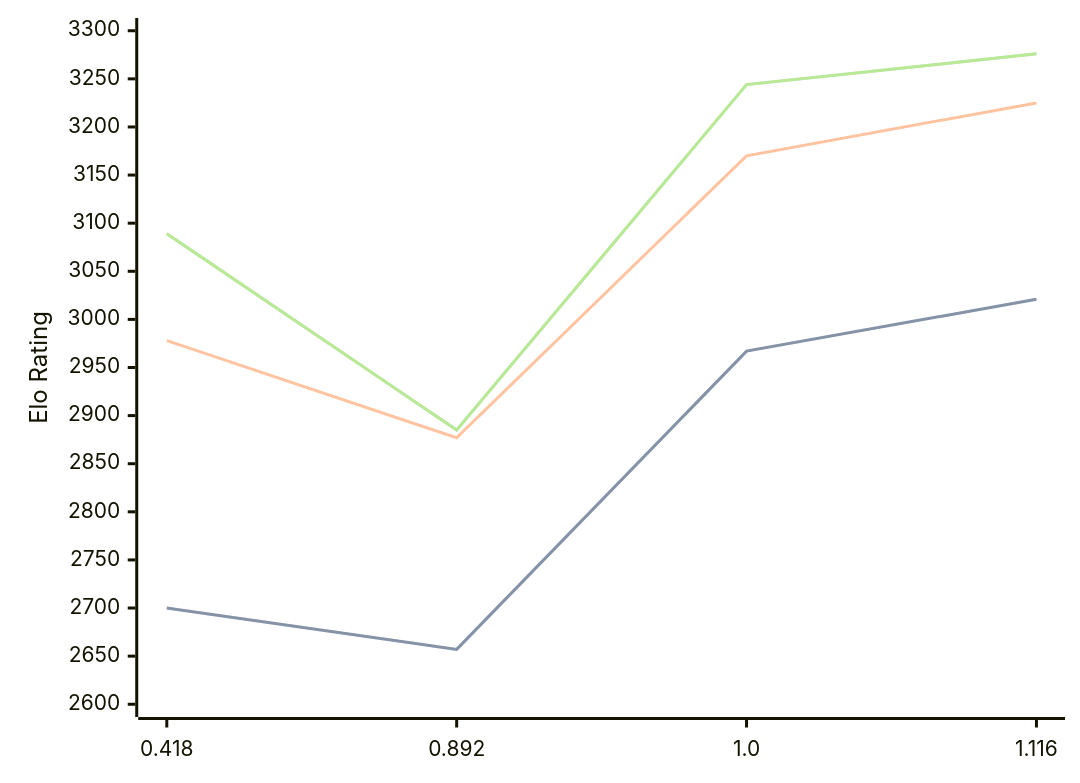
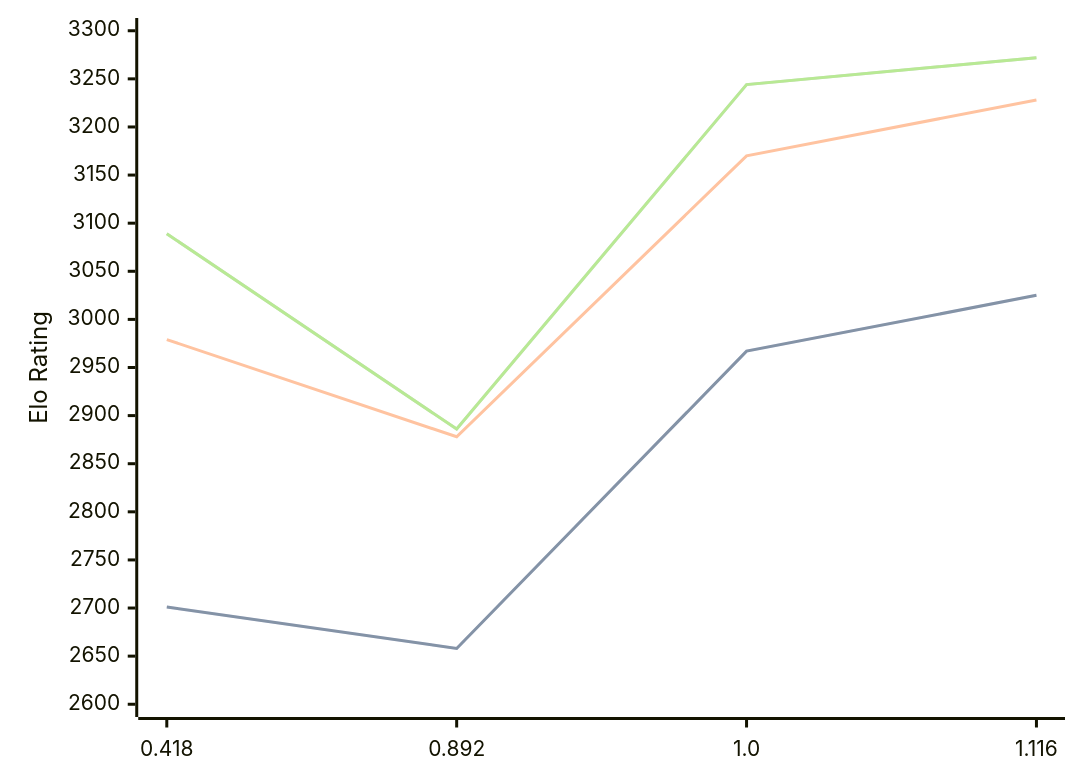
Before and after one commit to computer-chess-index/cci: the diagram in engines/Malika.md, drawn with Mermaid. The commit also changed other lines of this file, not shown here.

Commit message:
Update CCI Ratings (ELO VLTC) - 2026-05-21

````diff
--- a/engines/Malika.md
+++ b/engines/Malika.md
@@ -34,11 +34,11 @@
 ```mermaid
 %%{init: {"theme":"base","themeVariables":{"seriesColors:['#a3a3a3','#222221','#faa371']}}}%%
 xychart-beta
   x-axis ["0.418", "0.892", "1.0", "1.116"]
   y-axis "Elo Rating" 2600 --> 3300
-  line "STC (8.0+0.08s)" [2700, 2657, 2967, 3021]
-  line "STC (8.0+0.08s)" [2700, 2657, 2967, 3021]
-  line "LTC (60.0+0.60s)" [2978, 2877, 3170, 3225]
-  line "VLTC (2m24s+1.12s)" [3089, 2885, 3244, 3276]
-  line "VLTC (2m24s+1.12s)" [3089, 2885, 3244, 3276]
+  line "STC (8.0+0.08s)" [2701, 2658, 2967, 3025]
+  line "STC (8.0+0.08s)" [2701, 2658, 2967, 3025]
+  line "LTC (60.0+0.60s)" [2979, 2878, 3170, 3228]
+  line "VLTC (2m24s+1.12s)" [3089, 2886, 3244, 3272]
+  line "VLTC (2m24s+1.12s)" [3089, 2886, 3244, 3272]
 ```
````
